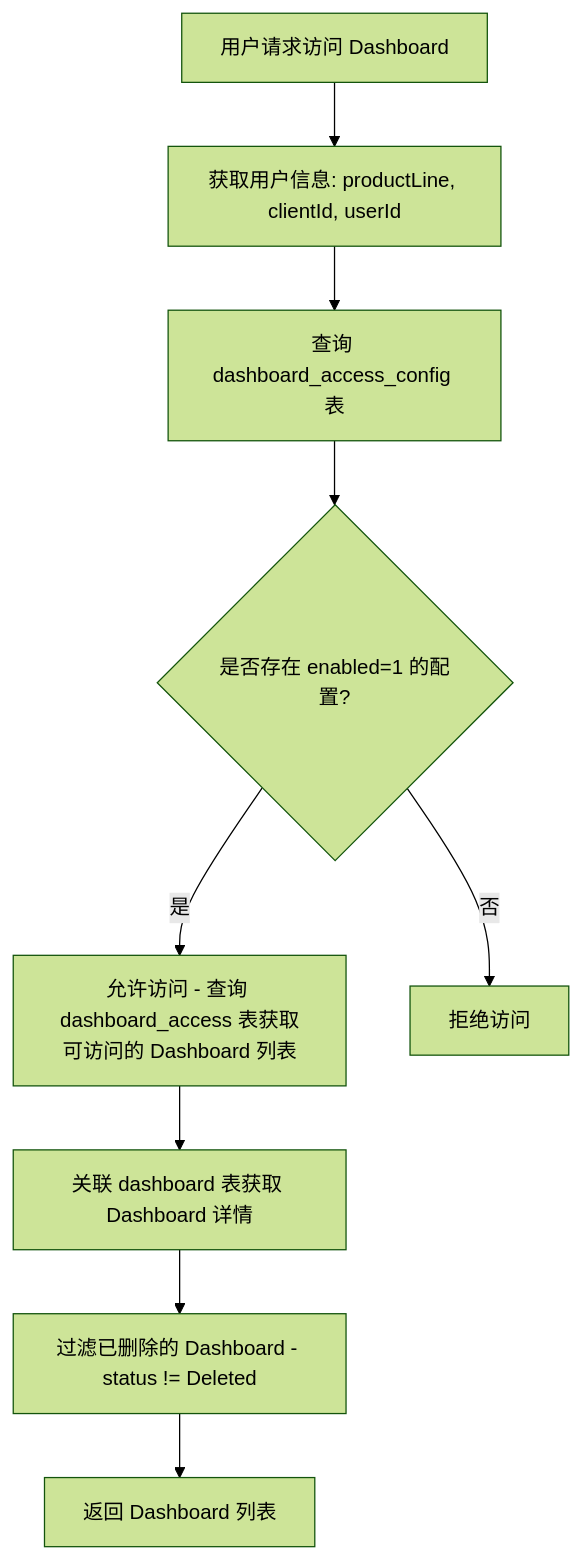
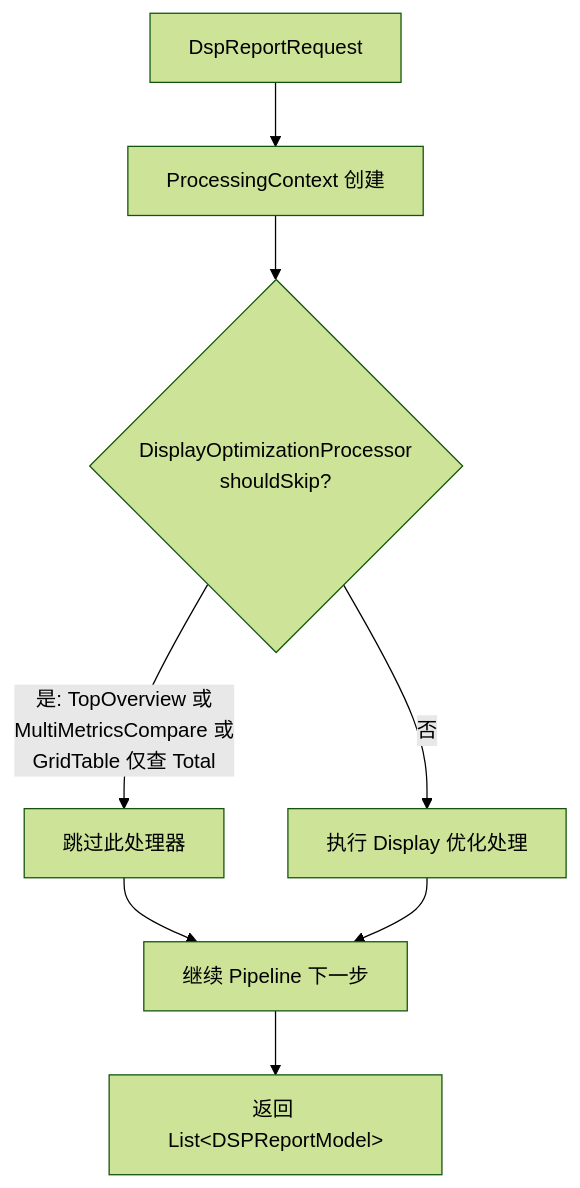
One commit to suoweiwei-pacvue/document-automation changed the fourth of 6 diagrams in output/00-architecture.md. Above: the diagram before and after it, drawn with Mermaid (forest theme). The commit also changed other lines of this file and 55 other files, not shown here.

````diff
--- a/output/00-architecture.md
+++ b/output/00-architecture.md
@@ -428,11 +433,10 @@
 ```mermaid
 flowchart TD
-    A[用户请求访问 Dashboard] --> B[获取用户信息: productLine, clientId, userId]
-    B --> C[查询 dashboard_access_config 表]
-    C --> D{是否存在 enabled=1 的配置?}
-    D -->|是| E[允许访问 - 查询 dashboard_access 表获取可访问的 Dashboard 列表]
-    D -->|否| F[拒绝访问]
-    E --> G[关联 dashboard 表获取 Dashboard 详情]
-    G --> H[过滤已删除的 Dashboard - status != Deleted]
-    H --> I[返回 Dashboard 列表]
+    A[DspReportRequest] --> B[ProcessingContext 创建]
+    B --> C{DisplayOptimizationProcessor<br/>shouldSkip?}
+    C -->|是: TopOverview 或<br/>MultiMetricsCompare 或<br/>GridTable 仅查 Total| D[跳过此处理器]
+    C -->|否| E[执行 Display 优化处理]
+    D --> F[继续 Pipeline 下一步]
+    E --> F
+    F --> G[返回 List&lt;DSPReportModel&gt;]
 ```
````
